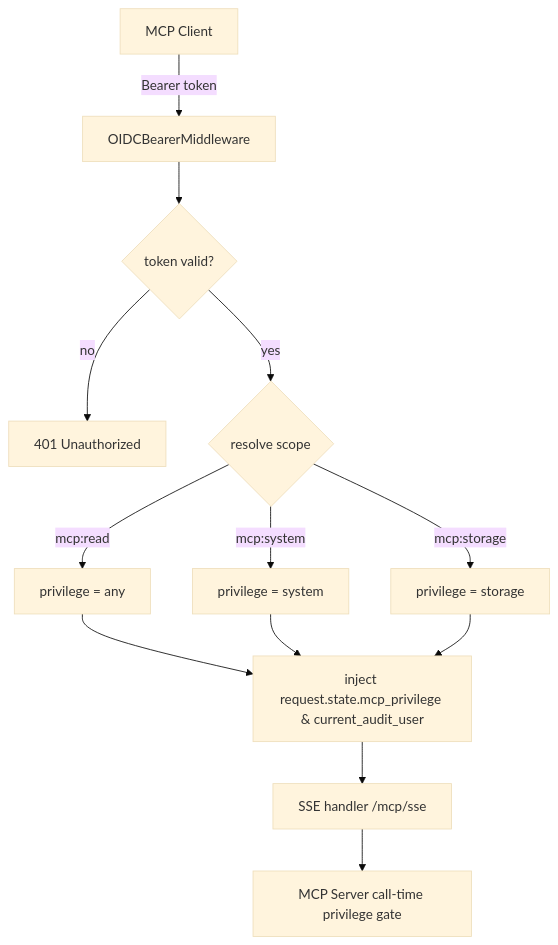
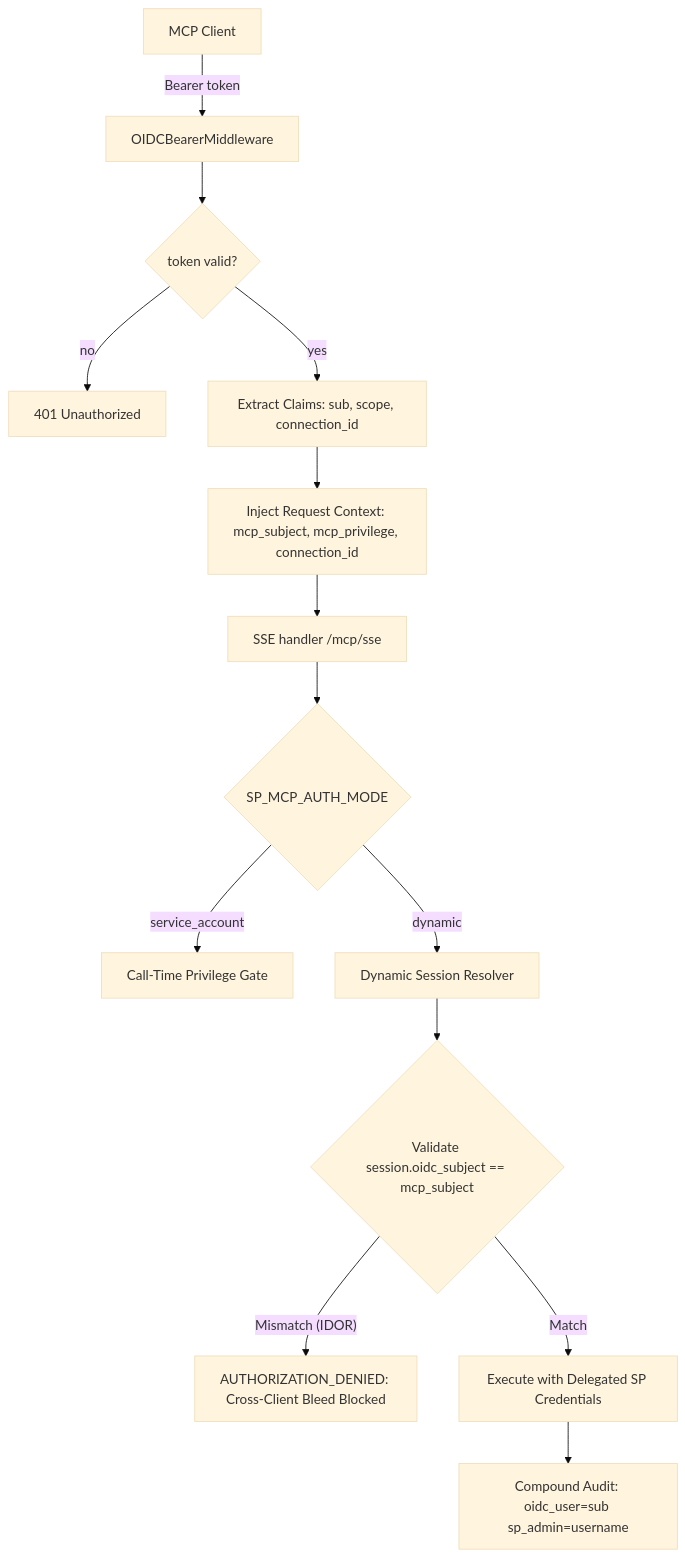
The second of 4 diagrams in docs/design/security-integrations.md (IBM/storage-protect-mcp-server), drawn with Mermaid (base theme) before and after one commit. The commit also changed other lines of this file and 65 other files, not shown here.

First line of the commit message:
Enforce multi-client transport isolation and compound audit trail

````diff
--- a/docs/design/security-integrations.md
+++ b/docs/design/security-integrations.md
@@ -52,13 +52,16 @@
 ```mermaid
 flowchart TD
     A[MCP Client] -->|Bearer token| B[OIDCBearerMiddleware]
     B --> C{token valid?}
     C -- no --> D[401 Unauthorized]
-    C -- yes --> E{resolve scope}
-    E -->|mcp:read| F[privilege = any]
-    E -->|mcp:system| G[privilege = system]
-    E -->|mcp:storage| H[privilege = storage]
-    F & G & H --> I[inject request.state.mcp_privilege & current_audit_user]
-    I --> J[SSE handler /mcp/sse]
-    J --> K[MCP Server call-time privilege gate]
+    C -- yes --> E[Extract Claims: sub, scope, connection_id]
+    E --> F[Inject Request Context: mcp_subject, mcp_privilege, connection_id]
+    F --> G[SSE handler /mcp/sse]
+    G --> H{SP_MCP_AUTH_MODE}
+    H -->|service_account| I[Call-Time Privilege Gate]
+    H -->|dynamic| J[Dynamic Session Resolver]
+    J --> K{Validate session.oidc_subject == mcp_subject}
+    K -- Mismatch (IDOR) --> L[AUTHORIZATION_DENIED: Cross-Client Bleed Blocked]
+    K -- Match --> M[Execute with Delegated SP Credentials]
+    M --> N[Compound Audit: oidc_user=sub sp_admin=username]
 ```
````
